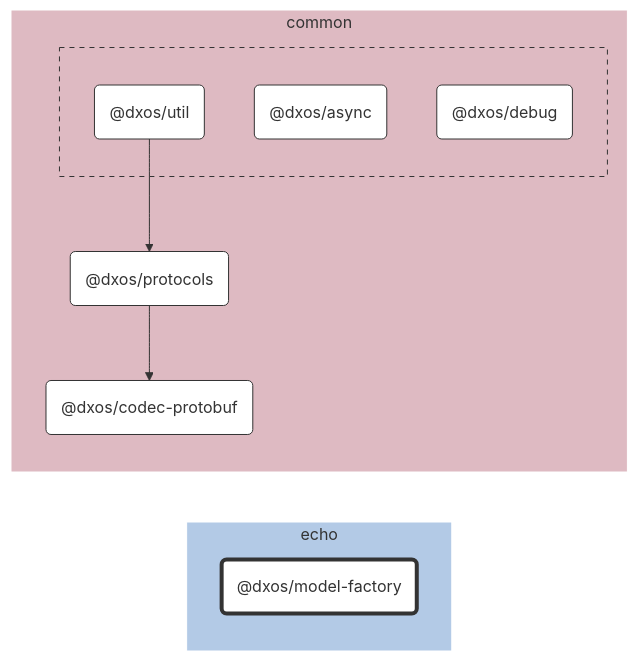
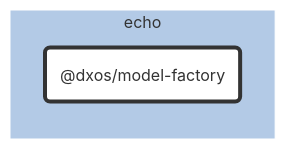
The diagram in packages/echo/model-factory/docs/README.md (dxos/dxos), drawn with Mermaid before and after one commit. The commit also changed 84 other files, not shown here.

````diff
--- a/packages/echo/model-factory/docs/README.md
+++ b/packages/echo/model-factory/docs/README.md
@@ -7,52 +7,20 @@
 ```mermaid
 %%{ init: {'flowchart':{'curve':'basis'}} }%%
 
 flowchart LR
 
-%% Links
-dxos/protocols --> dxos/codec-protobuf;
-dxos/util --> dxos/protocols;
+%% Classes
+classDef default fill:#fff,stroke:#333,stroke-width:1px
+classDef root fill:#fff,stroke:#333,stroke-width:4px
 
-%% Sections
-subgraph echo
-  style echo fill:#b3cae6,stroke:#fff;
+%% Nodes
 
-  dxos/model-factory("@dxos/model-factory")
+subgraph echo [echo]
+  style echo fill:#b3cae6,stroke:#fff
+  dxos/model-factory("@dxos/model-factory"):::root
+  click dxos/model-factory "dxos/dxos/tree/main/packages/echo/model-factory/docs"
 end
 
-subgraph common
-  style common fill:#debac2,stroke:#fff;
-
-  dxos/codec-protobuf("@dxos/codec-protobuf")
-  dxos/protocols("@dxos/protocols")
-
-  subgraph common-excluded [ ]
-    style common-excluded fill:#debac2,stroke:#333,stroke-dasharray:5 5;
-
-    dxos/async("@dxos/async")
-    dxos/debug("@dxos/debug")
-    dxos/util("@dxos/util")
-  end
-end
-
-
-%% Hyperlinks
-click dxos/async "dxos/dxos/tree/main/packages/common/async/docs";
-click dxos/codec-protobuf "dxos/dxos/tree/main/packages/common/codec-protobuf/docs";
-click dxos/debug "dxos/dxos/tree/main/packages/common/debug/docs";
-click dxos/protocols "dxos/dxos/tree/main/packages/common/protocols/docs";
-click dxos/util "dxos/dxos/tree/main/packages/common/util/docs";
-
-%% Styles
-classDef rootNode fill:#fff,stroke:#333,stroke-width:4px
-classDef defaultNode fill:#fff,stroke:#333,stroke-width:1px
+%% Links
 linkStyle default stroke:#333,stroke-width:1px
-
-dxos/model-factory:::rootNode
-
-dxos/async:::defaultNode
-dxos/codec-protobuf:::defaultNode
-dxos/debug:::defaultNode
-dxos/protocols:::defaultNode
-dxos/util:::defaultNode
 ```
````
